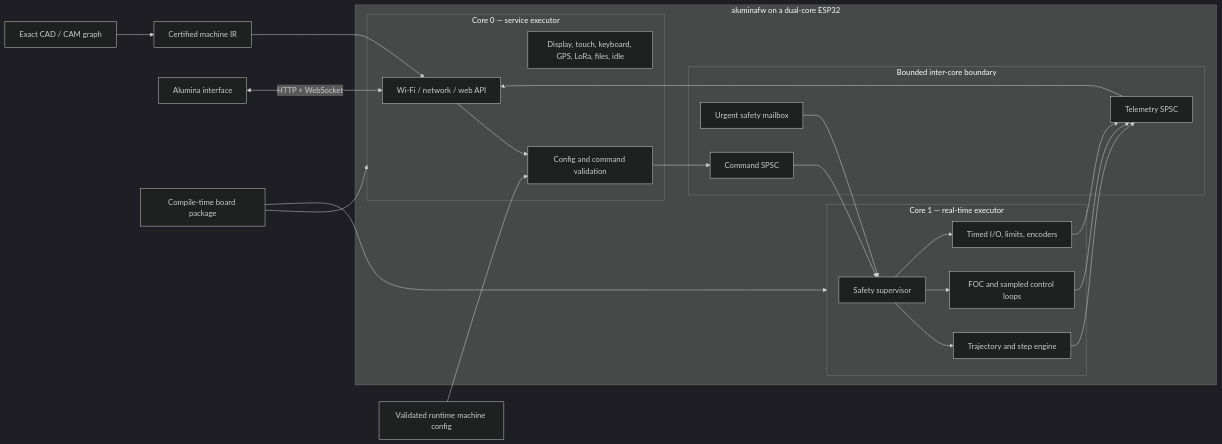
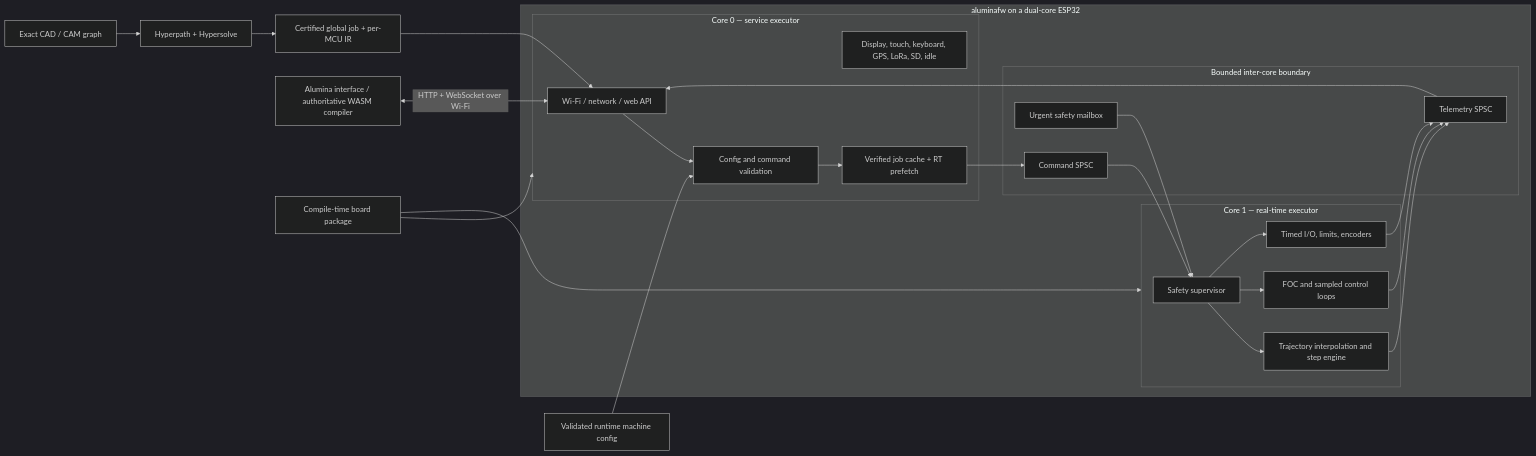
One commit to timschmidt/alumina-firmware changed the first of 2 diagrams in docs/ARCHITECTURE.md. Above: the diagram before and after it, drawn with Mermaid (dark theme). The commit also changed other lines of this file and 15 other files, not shown here.

````diff
--- a/docs/ARCHITECTURE.md
+++ b/docs/ARCHITECTURE.md
@@ -5,38 +5,40 @@
 ```mermaid
 flowchart LR
-    CAD[Exact CAD / CAM graph] --> MIR[Certified machine IR]
-    UI[Alumina interface] <-->|HTTP + WebSocket| SVC
+    CAD[Exact CAD / CAM graph] --> HP[Hyperpath + Hypersolve]
+    HP --> MIR[Certified global job + per-MCU IR]
+    UI[Alumina interface / authoritative WASM compiler] <-->|HTTP + WebSocket over Wi-Fi| SVC
 
     subgraph ESP32[aluminafw on a dual-core ESP32]
         subgraph C0[Core 0 — service executor]
             SVC[Wi-Fi / network / web API]
-            BG[Display, touch, keyboard, GPS, LoRa, files, idle]
+            BG[Display, touch, keyboard, GPS, LoRa, SD, idle]
             VAL[Config and command validation]
+            CACHE[Verified job cache + RT prefetch]
         end
         subgraph X[Bounded inter-core boundary]
             CMD[Command SPSC]
             URG[Urgent safety mailbox]
             TEL[Telemetry SPSC]
         end
         subgraph C1[Core 1 — real-time executor]
             SAFE[Safety supervisor]
-            MOTION[Trajectory and step engine]
+            MOTION[Trajectory interpolation and step engine]
             FOC[FOC and sampled control loops]
             RTIO[Timed I/O, limits, encoders]
         end
-        SVC --> VAL --> CMD --> SAFE
+        SVC --> VAL --> CACHE --> CMD --> SAFE
         URG --> SAFE
         SAFE --> MOTION
         SAFE --> FOC
         SAFE --> RTIO
         MOTION --> TEL
         FOC --> TEL
         RTIO --> TEL
         TEL --> SVC
     end
 
     MIR --> SVC
     BOARD[Compile-time board package] --> C0
     BOARD --> C1
     MACHINE[Validated runtime machine config] --> VAL
 ```
````
